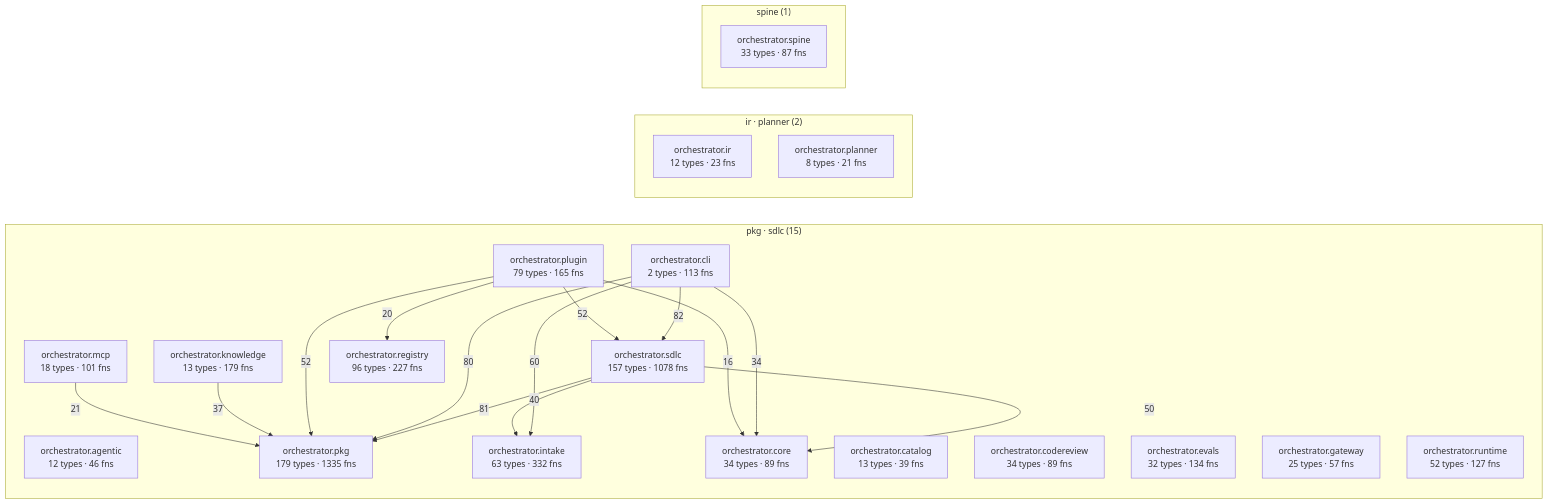
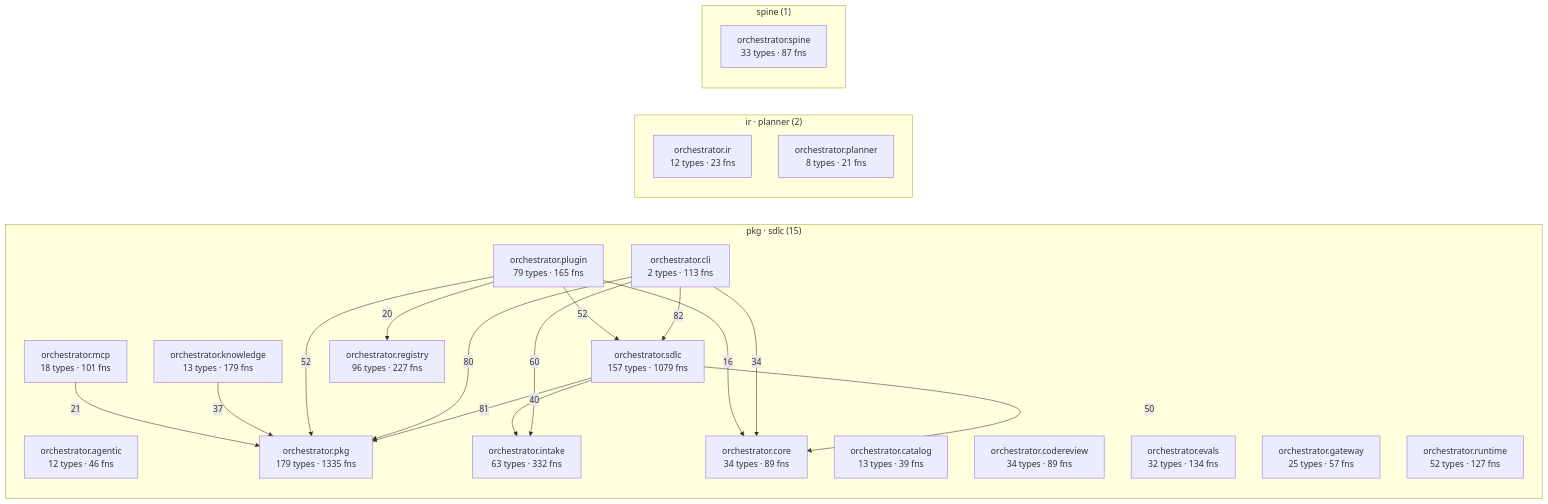
Before and after one commit to synaptixs/spine: the diagram in episteme/architecture.md, drawn with Mermaid. The commit also changed other lines of this file and 11 other files, not shown here.

````diff
--- a/episteme/architecture.md
+++ b/episteme/architecture.md
@@ -56,40 +56,40 @@
 ```mermaid
 flowchart LR
   subgraph c_2["pkg · sdlc (15)"]
     aorchestratoragentic["orchestrator.agentic<br/>12 types · 46 fns"]
     aorchestratorcatalog["orchestrator.catalog<br/>13 types · 39 fns"]
     aorchestratorcli["orchestrator.cli<br/>2 types · 113 fns"]
     aorchestratorcodereview["orchestrator.codereview<br/>34 types · 89 fns"]
     aorchestratorcore["orchestrator.core<br/>34 types · 89 fns"]
     aorchestratorevals["orchestrator.evals<br/>32 types · 134 fns"]
     aorchestratorgateway["orchestrator.gateway<br/>25 types · 57 fns"]
     aorchestratorintake["orchestrator.intake<br/>63 types · 332 fns"]
     aorchestratorknowledge["orchestrator.knowledge<br/>13 types · 179 fns"]
     aorchestratormcp["orchestrator.mcp<br/>18 types · 101 fns"]
     aorchestratorpkg["orchestrator.pkg<br/>179 types · 1335 fns"]
     aorchestratorplugin["orchestrator.plugin<br/>79 types · 165 fns"]
     aorchestratorregistry["orchestrator.registry<br/>96 types · 227 fns"]
     aorchestratorruntime["orchestrator.runtime<br/>52 types · 127 fns"]
-    aorchestratorsdlc["orchestrator.sdlc<br/>157 types · 1078 fns"]
+    aorchestratorsdlc["orchestrator.sdlc<br/>157 types · 1079 fns"]
   end
   subgraph c_5["ir · planner (2)"]
     aorchestratorir["orchestrator.ir<br/>12 types · 23 fns"]
     aorchestratorplanner["orchestrator.planner<br/>8 types · 21 fns"]
   end
   subgraph c_10["spine (1)"]
     aorchestratorspine["orchestrator.spine<br/>33 types · 87 fns"]
   end
   aorchestratorcli -->|82| aorchestratorsdlc
   aorchestratorsdlc -->|81| aorchestratorpkg
   aorchestratorcli -->|80| aorchestratorpkg
   aorchestratorcli -->|60| aorchestratorintake
   aorchestratorplugin -->|52| aorchestratorpkg
   aorchestratorplugin -->|52| aorchestratorsdlc
   aorchestratorsdlc -->|50| aorchestratorcore
   aorchestratorsdlc -->|40| aorchestratorintake
   aorchestratorknowledge -->|37| aorchestratorpkg
   aorchestratorcli -->|34| aorchestratorcore
   aorchestratormcp -->|21| aorchestratorpkg
   aorchestratorplugin -->|20| aorchestratorregistry
   aorchestratorplugin -->|16| aorchestratorcore
 ```
````
